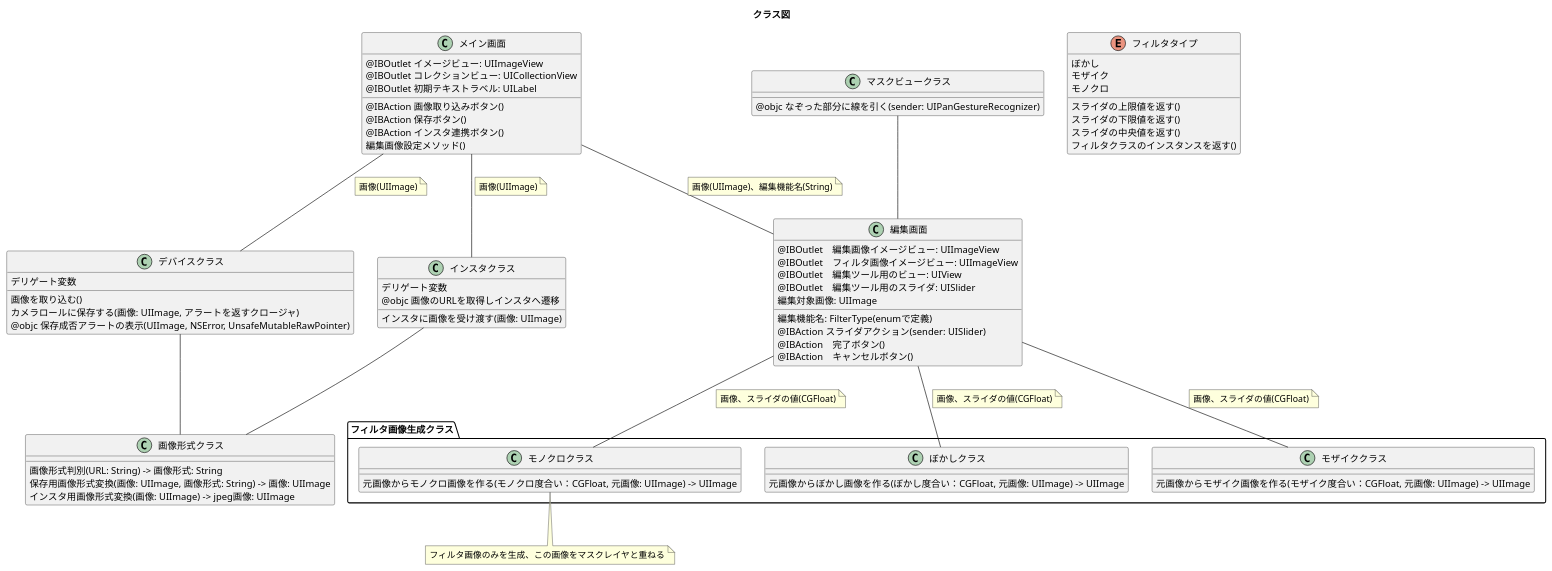
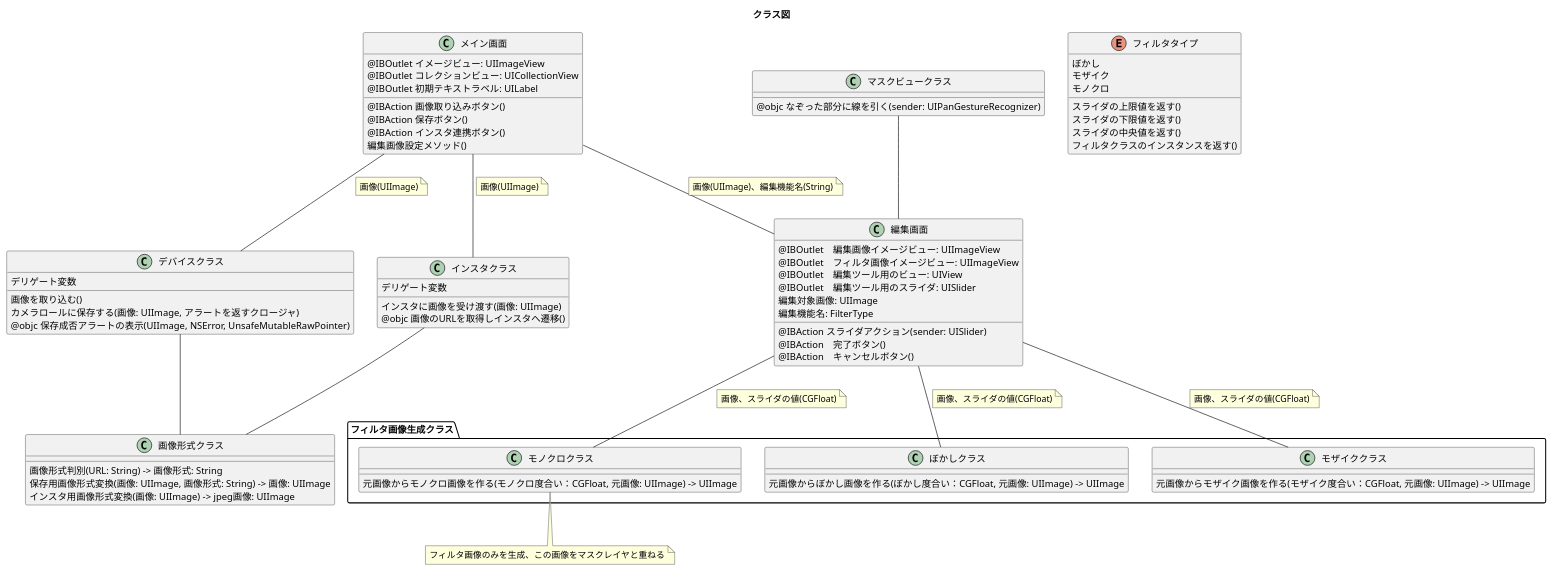
Before and after one commit to saganoH/InstaExt: the diagram in InstaExt/docs/クラス図.plantuml, drawn with PlantUML.

Commit message:
[fix] card_146 インスタ連携機能実装
* クラス図修正

```diff
--- a/InstaExt/docs/クラス図.plantuml
+++ b/InstaExt/docs/クラス図.plantuml
@@ -1,111 +1,111 @@
 @startuml
 title "クラス図"
 
 class  メイン画面{
   @IBOutlet イメージビュー: UIImageView
   @IBOutlet コレクションビュー: UICollectionView
   @IBOutlet 初期テキストラベル: UILabel
   @IBAction 画像取り込みボタン()
   @IBAction 保存ボタン()
   @IBAction インスタ連携ボタン()
   編集画像設定メソッド()
 }
 
 class  編集画面{
   @IBOutlet　編集画像イメージビュー: UIImageView
   @IBOutlet　フィルタ画像イメージビュー: UIImageView
   @IBOutlet　編集ツール用のビュー: UIView
   @IBOutlet　編集ツール用のスライダ: UISlider
   編集対象画像: UIImage
-  編集機能名: FilterType(enumで定義)
+  編集機能名: FilterType
   @IBAction スライダアクション(sender: UISlider)
   @IBAction　完了ボタン()
   @IBAction　キャンセルボタン()
 }
 
 class マスクビュークラス{
   @objc なぞった部分に線を引く(sender: UIPanGestureRecognizer)
 }
 
 class デバイスクラス{
   デリゲート変数
   画像を取り込む()
   カメラロールに保存する(画像: UIImage, アラートを返すクロージャ)
   @objc 保存成否アラートの表示(UIImage, NSError, UnsafeMutableRawPointer)
 }
 
 class インスタクラス{
   デリゲート変数
   インスタに画像を受け渡す(画像: UIImage)
-  @objc 画像のURLを取得しインスタへ遷移
+  @objc 画像のURLを取得しインスタへ遷移()
 }
 
 class 画像形式クラス{
   画像形式判別(URL: String) -> 画像形式: String
   保存用画像形式変換(画像: UIImage, 画像形式: String) -> 画像: UIImage
   インスタ用画像形式変換(画像: UIImage) -> jpeg画像: UIImage
 }
 
 enum フィルタタイプ {
   ぼかし
   モザイク
   モノクロ
   スライダの上限値を返す()
   スライダの下限値を返す()
   スライダの中央値を返す()
   フィルタクラスのインスタンスを返す()
 }
 
 package フィルタ画像生成クラス {
 class ぼかしクラス{
   元画像からぼかし画像を作る(ぼかし度合い：CGFloat, 元画像: UIImage) -> UIImage
 }
 
 class モザイククラス{
   元画像からモザイク画像を作る(モザイク度合い：CGFloat, 元画像: UIImage) -> UIImage
 }
 
 class モノクロクラス{
   元画像からモノクロ画像を作る(モノクロ度合い：CGFloat, 元画像: UIImage) -> UIImage
 }
 }
 note bottom
   フィルタ画像のみを生成、この画像をマスクレイヤと重ねる
 end note
 
 メイン画面--編集画面
 note left on link
   画像(UIImage)、編集機能名(String)
 end note
 
 メイン画面--デバイスクラス
 note left on link
   画像(UIImage)
 end note
 
 メイン画面--インスタクラス
 note left on link
   画像(UIImage)
 end note
 
 デバイスクラス--画像形式クラス
 インスタクラス--画像形式クラス
 
 マスクビュークラス--編集画面
 
 編集画面--ぼかしクラス
 note left on link
   画像、スライダの値(CGFloat)
 end note
 
 編集画面--モザイククラス
 note left on link
   画像、スライダの値(CGFloat)
 end note
 
 編集画面--モノクロクラス
 note left on link
   画像、スライダの値(CGFloat)
 end note
 
 @enduml
```
